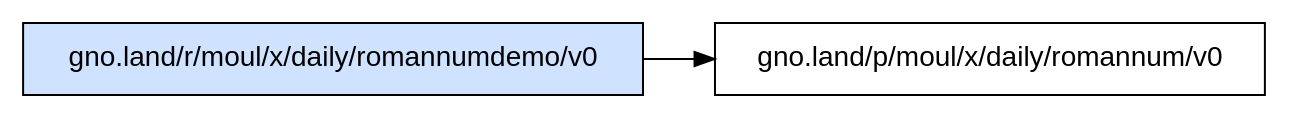
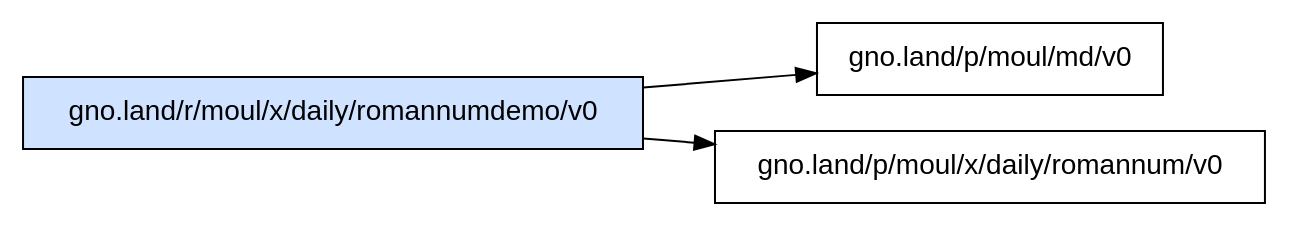
The diagram in _assets/gno.land/r/moul/x/daily/romannumdemo/v0/deps.dot (moul/gno-contracts), drawn with Graphviz before and after one commit. The commit also changed 31 other files, not shown here.

Commit message:
chore: regenerate catalog, graphs and on-chain status [skip ci]

```diff
--- a/_assets/gno.land/r/moul/x/daily/romannumdemo/v0/deps.dot
+++ b/_assets/gno.land/r/moul/x/daily/romannumdemo/v0/deps.dot
@@ -1,6 +1,7 @@
 digraph deps {
   rankdir=LR;
   node [shape=box, fontname="sans-serif"];
   "gno.land/r/moul/x/daily/romannumdemo/v0" [style=filled, fillcolor="#cfe2ff"];
+  "gno.land/r/moul/x/daily/romannumdemo/v0" -> "gno.land/p/moul/md/v0";
   "gno.land/r/moul/x/daily/romannumdemo/v0" -> "gno.land/p/moul/x/daily/romannum/v0";
 }
```
